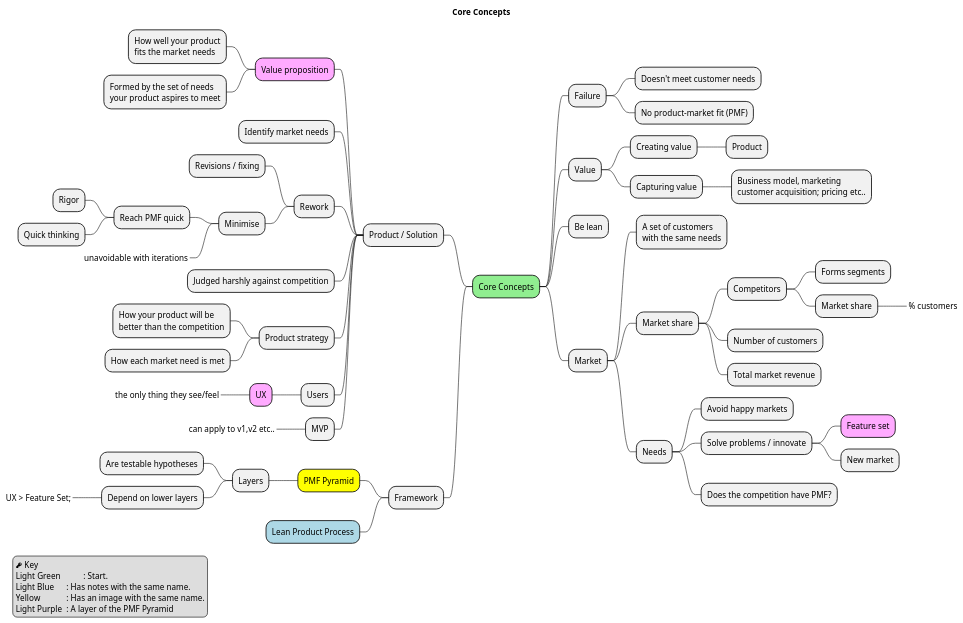
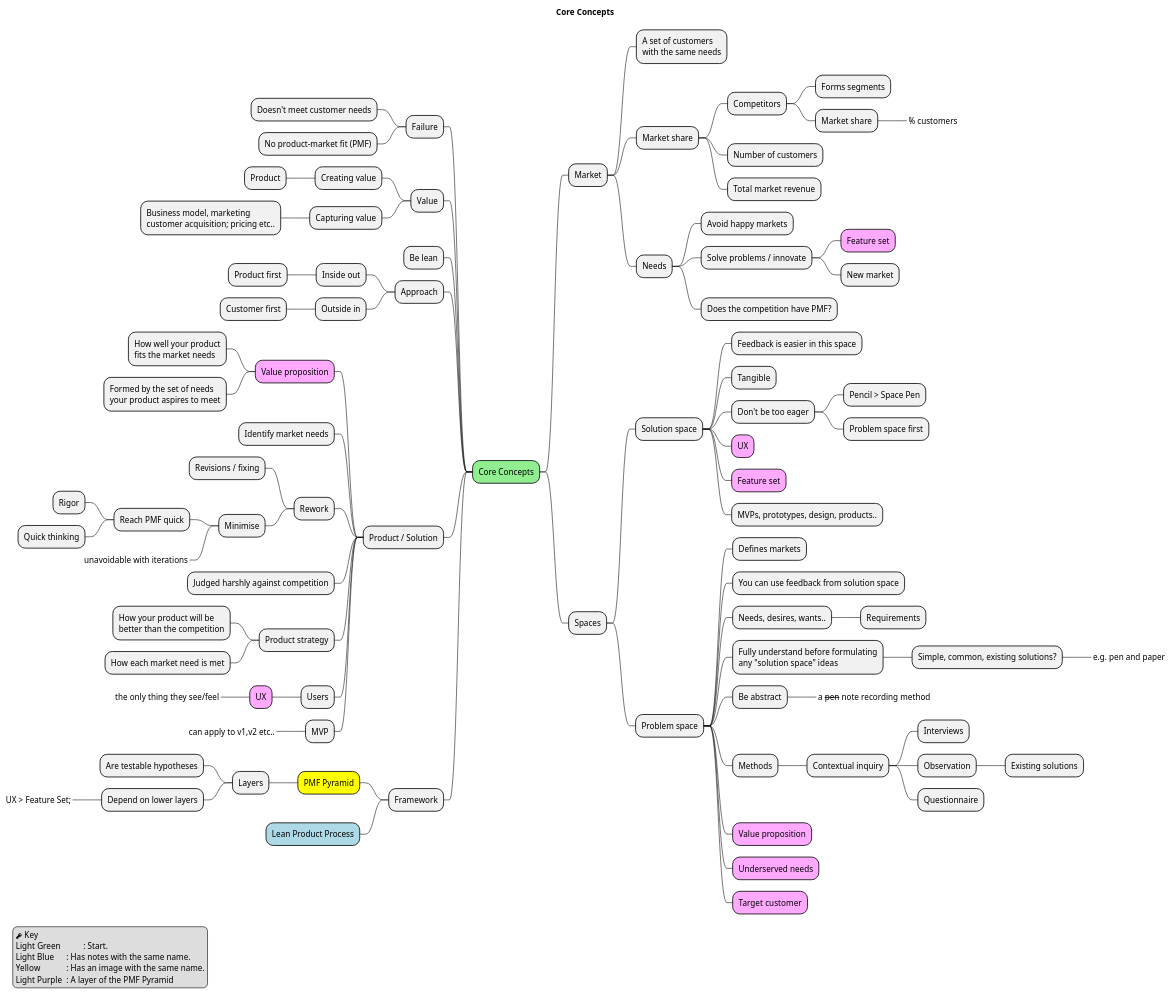
The diagram in dev/interactive-design/the-lean-product-playbook/mindmaps/core-concepts.mm.puml (0b10/notes), drawn with PlantUML before and after one commit.

Commit message:
feat(ch2): add to core-concepts mindmap

```diff
--- a/dev/interactive-design/the-lean-product-playbook/mindmaps/core-concepts.mm.puml
+++ b/dev/interactive-design/the-lean-product-playbook/mindmaps/core-concepts.mm.puml
@@ -1,95 +1,129 @@
 @startmindmap
 
 legend left
   <&key> Key
   Light Green   \t: Start.
   Light Blue    \t: Has notes with the same name.
   Yellow        \t: Has an image with the same name.
   Light Purple  \t: A layer of the PMF Pyramid
 endlegend
 
 title Core Concepts
 
 *[#lightgreen] Core Concepts
-
-' === FAILURE === '
-** Failure
-*** Doesn't meet customer needs
-*** No product-market fit (PMF)
-
-' === VALUE === '
-** Value
-*** Creating value
-**** Product
-*** Capturing value
-****:Business model, marketing
-customer acquisition; pricing etc..;
-
-** Be lean
 
 ' === MARKET === '
 ** Market
 ***:A set of customers
 with the same needs;
 *** Market share
 **** Competitors
 ***** Forms segments
 ***** Market share
 ******_ % customers
 **** Number of customers
 **** Total market revenue
 *** Needs
 **** Avoid happy markets
 **** Solve problems / innovate
 *****[#FAF] Feature set
 ***** New market
 **** Does the competition have PMF?
 
+** Spaces
+*** Solution space
+**** Feedback is easier in this space
+**** Tangible
+**** Don't be too eager
+***** Pencil > Space Pen
+***** Problem space first
+****[#FAF] UX
+****[#FAF] Feature set
+**** MVPs, prototypes, design, products..
+' problem space '
+*** Problem space
+**** Defines markets
+**** You can use feedback from solution space
+**** Needs, desires, wants..
+***** Requirements
+****:Fully understand before formulating
+any "solution space" ideas;
+***** Simple, common, existing solutions?
+******_ e.g. pen and paper
+**** Be abstract
+*****_ a <s>pen</s> note recording method
+**** Methods
+***** Contextual inquiry
+****** Interviews
+****** Observation
+******* Existing solutions
+****** Questionnaire
+****[#FAF] Value proposition
+****[#FAF] Underserved needs
+****[#FAF] Target customer
+
 left side
+
+' === FAILURE === '
+** Failure
+*** Doesn't meet customer needs
+*** No product-market fit (PMF)
+
+' === VALUE === '
+** Value
+*** Creating value
+**** Product
+*** Capturing value
+****:Business model, marketing
+customer acquisition; pricing etc..;
+
+** Be lean
+
+' === APPROACH === '
+** Approach
+*** Inside out
+**** Product first
+*** Outside in
+**** Customer first
 
 ' === PRODUCT === '
 ** Product / Solution
 ***[#FAF] Value proposition
 ****:How well your product
 fits the market needs;
 ****:Formed by the set of needs
 your product aspires to meet;
 *** Identify market needs
 *** Rework
 **** Revisions / fixing
 **** Minimise
 ***** Reach PMF quick
 ****** Rigor
 ****** Quick thinking
 *****_ unavoidable with iterations
 *** Judged harshly against competition
 ' strategy '
 *** Product strategy
 ****:How your product will be
 better than the competition;
 **** How each market need is met
 ' users '
 *** Users
 ****[#FAF] UX
 *****_ the only thing they see/feel
 ' mvp '
 *** MVP
 ****_ can apply to v1,v2 etc..
 
-
-
-
-
-
 ' === FRAMEWORK === '
 ** Framework
 ***[#yellow] PMF Pyramid
 **** Layers
 ***** Are testable hypotheses
 ***** Depend on lower layers
 ******_ UX > Feature Set;
 ***[#lightblue] Lean Product Process
 
 
 
 @endmindmap
```
